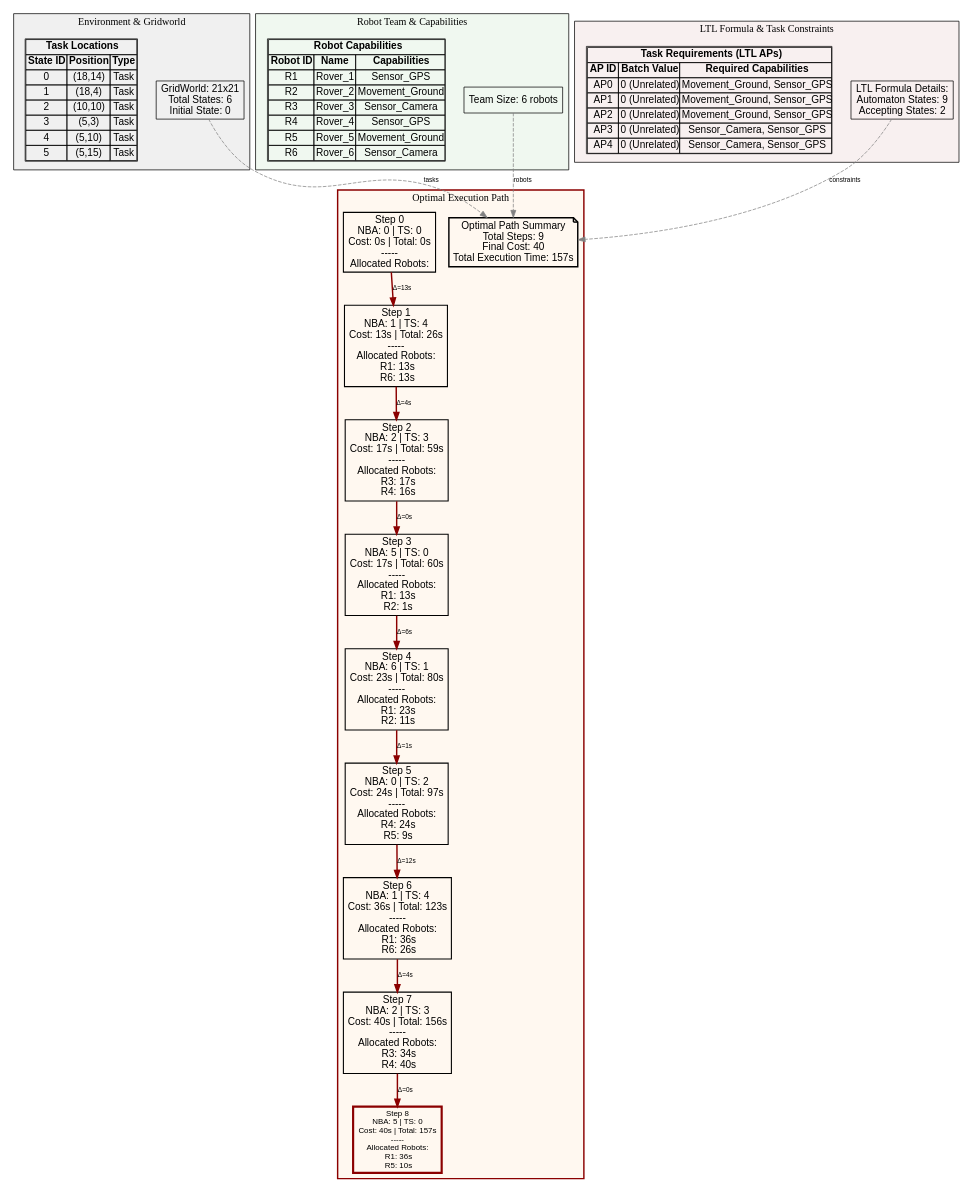
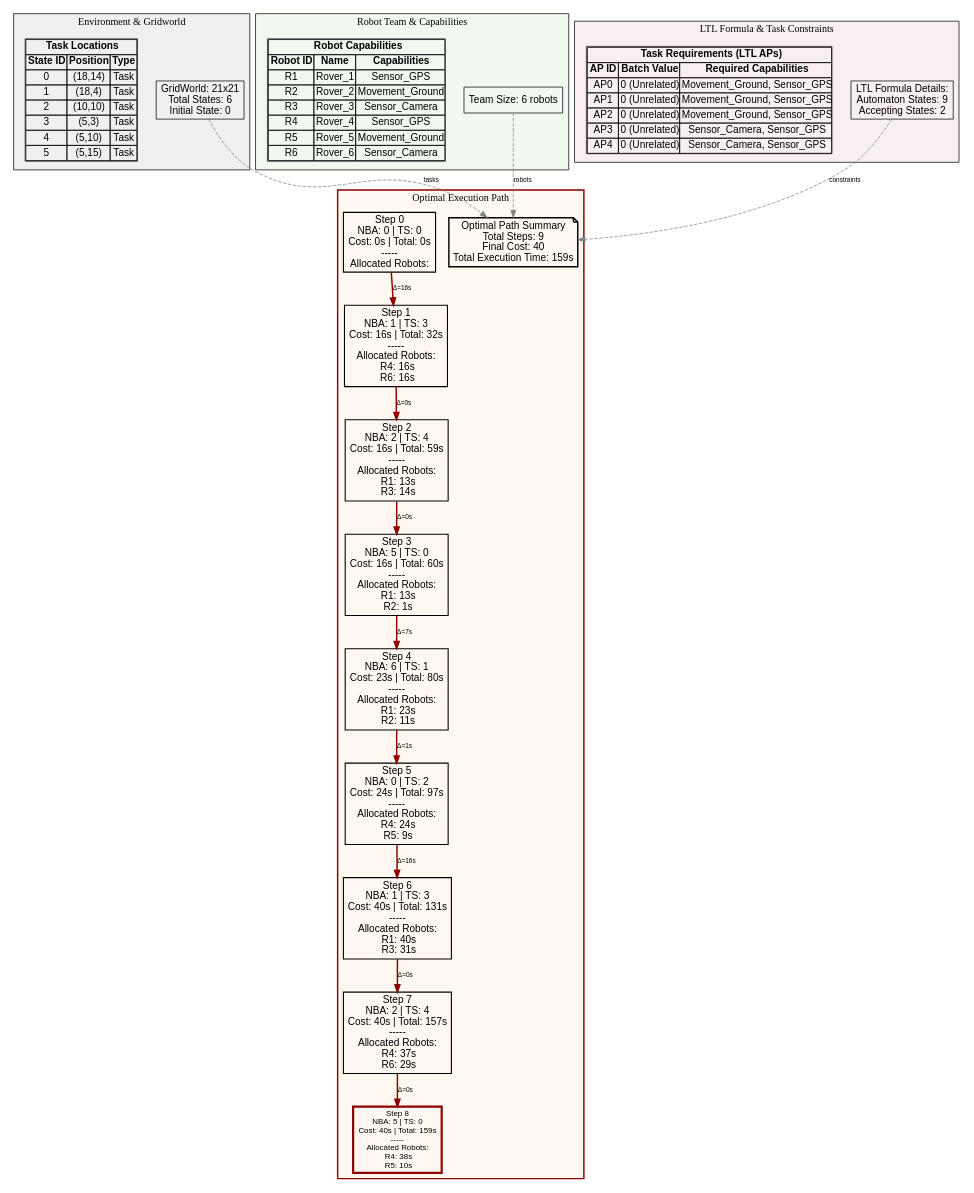
The diagram in Task Batch Planning Decision Tree/output/infinite_test_1_path.dot (jrourke48/HMRTA_TS_GENERATION), drawn with Graphviz before and after one commit. The commit also changed 16 other files, not shown here.

```diff
--- a/Task Batch Planning Decision Tree/output/infinite_test_1_path.dot
+++ b/Task Batch Planning Decision Tree/output/infinite_test_1_path.dot
@@ -1,106 +1,106 @@
 digraph ComprehensiveOptimalPath {
   rankdir=TB;
   concentrate=true;
   node [fontname=Arial];
   edge [fontname=Arial, fontsize=9];
 
   subgraph cluster_environment {
     label="Environment & Gridworld";
     style=filled;
     fillcolor="#F0F0F0";
     color=black;
 
     env_info [shape=box, label="GridWorld: 21x21\nTotal States: 6\nInitial State: 0\n", fillcolor="#E8F4F8"];
 
     env_tasks [shape=plaintext, label=<
       <TABLE BORDER="1" CELLBORDER="1" CELLSPACING="0">
         <TR><TD COLSPAN="3"><B>Task Locations</B></TD></TR>
         <TR><TD><B>State ID</B></TD><TD><B>Position</B></TD><TD><B>Type</B></TD></TR>
         <TR><TD>0</TD><TD>(18,14)</TD><TD>Task</TD></TR>
         <TR><TD>1</TD><TD>(18,4)</TD><TD>Task</TD></TR>
         <TR><TD>2</TD><TD>(10,10)</TD><TD>Task</TD></TR>
         <TR><TD>3</TD><TD>(5,3)</TD><TD>Task</TD></TR>
         <TR><TD>4</TD><TD>(5,10)</TD><TD>Task</TD></TR>
         <TR><TD>5</TD><TD>(5,15)</TD><TD>Task</TD></TR>
       </TABLE>
     >];
   }
 
   subgraph cluster_robots {
     label="Robot Team & Capabilities";
     style=filled;
     fillcolor="#F0F8F0";
     color=black;
 
     team_info [shape=box, label="Team Size: 6 robots\n", fillcolor="#E8F8E8"];
 
     robot_caps [shape=plaintext, label=<
       <TABLE BORDER="1" CELLBORDER="1" CELLSPACING="0">
         <TR><TD COLSPAN="3"><B>Robot Capabilities</B></TD></TR>
         <TR><TD><B>Robot ID</B></TD><TD><B>Name</B></TD><TD><B>Capabilities</B></TD></TR>
         <TR><TD>R1</TD><TD>Rover_1</TD><TD>Sensor_GPS</TD></TR>
         <TR><TD>R2</TD><TD>Rover_2</TD><TD>Movement_Ground</TD></TR>
         <TR><TD>R3</TD><TD>Rover_3</TD><TD>Sensor_Camera</TD></TR>
         <TR><TD>R4</TD><TD>Rover_4</TD><TD>Sensor_GPS</TD></TR>
         <TR><TD>R5</TD><TD>Rover_5</TD><TD>Movement_Ground</TD></TR>
         <TR><TD>R6</TD><TD>Rover_6</TD><TD>Sensor_Camera</TD></TR>
       </TABLE>
     >];
   }
 
   subgraph cluster_ltl {
     label="LTL Formula & Task Constraints";
     style=filled;
     fillcolor="#F8F0F0";
     color=black;
 
     ltl_info [shape=box, label="LTL Formula Details:\nAutomaton States: 9\nAccepting States: 2\n", fillcolor="#F8E8E8"];
 
     ltl_tasks [shape=plaintext, label=<
       <TABLE BORDER="1" CELLBORDER="1" CELLSPACING="0">
         <TR><TD COLSPAN="3"><B>Task Requirements (LTL APs)</B></TD></TR>
         <TR><TD><B>AP ID</B></TD><TD><B>Batch Value</B></TD><TD><B>Required Capabilities</B></TD></TR>
         <TR><TD>AP0</TD><TD>0 (Unrelated)</TD><TD>Movement_Ground, Sensor_GPS</TD></TR>
         <TR><TD>AP1</TD><TD>0 (Unrelated)</TD><TD>Movement_Ground, Sensor_GPS</TD></TR>
         <TR><TD>AP2</TD><TD>0 (Unrelated)</TD><TD>Movement_Ground, Sensor_GPS</TD></TR>
         <TR><TD>AP3</TD><TD>0 (Unrelated)</TD><TD>Sensor_Camera, Sensor_GPS</TD></TR>
         <TR><TD>AP4</TD><TD>0 (Unrelated)</TD><TD>Sensor_Camera, Sensor_GPS</TD></TR>
       </TABLE>
     >];
   }
 
   subgraph cluster_path {
     label="Optimal Execution Path";
     style=filled;
     fillcolor="#FFF8F0";
     color=darkred;
     penwidth=2;
 
-    path_summary [shape=note, label="Optimal Path Summary\nTotal Steps: 9\nFinal Cost: 40\nTotal Execution Time: 157s\n", fillcolor="#FFFFCC", penwidth=2];
+    path_summary [shape=note, label="Optimal Path Summary\nTotal Steps: 9\nFinal Cost: 40\nTotal Execution Time: 159s\n", fillcolor="#FFFFCC", penwidth=2];
 
     opt_0 [shape=box, label="Step 0\nNBA: 0 | TS: 0\nCost: 0s | Total: 0s\n-----\nAllocated Robots:\n", fillcolor="#B3E5FC", penwidth=1.5];
-    opt_1 [shape=box, label="Step 1\nNBA: 1 | TS: 4\nCost: 13s | Total: 26s\n-----\nAllocated Robots:\n  R1: 13s\n  R6: 13s\n", fillcolor="#B3E5FC", penwidth=1.5];
-    opt_2 [shape=box, label="Step 2\nNBA: 2 | TS: 3\nCost: 17s | Total: 59s\n-----\nAllocated Robots:\n  R3: 17s\n  R4: 16s\n", fillcolor="#B3E5FC", penwidth=1.5];
-    opt_3 [shape=box, label="Step 3\nNBA: 5 | TS: 0\nCost: 17s | Total: 60s\n-----\nAllocated Robots:\n  R1: 13s\n  R2: 1s\n", fillcolor="#B3E5FC", penwidth=1.5];
+    opt_1 [shape=box, label="Step 1\nNBA: 1 | TS: 3\nCost: 16s | Total: 32s\n-----\nAllocated Robots:\n  R4: 16s\n  R6: 16s\n", fillcolor="#B3E5FC", penwidth=1.5];
+    opt_2 [shape=box, label="Step 2\nNBA: 2 | TS: 4\nCost: 16s | Total: 59s\n-----\nAllocated Robots:\n  R1: 13s\n  R3: 14s\n", fillcolor="#B3E5FC", penwidth=1.5];
+    opt_3 [shape=box, label="Step 3\nNBA: 5 | TS: 0\nCost: 16s | Total: 60s\n-----\nAllocated Robots:\n  R1: 13s\n  R2: 1s\n", fillcolor="#B3E5FC", penwidth=1.5];
     opt_4 [shape=box, label="Step 4\nNBA: 6 | TS: 1\nCost: 23s | Total: 80s\n-----\nAllocated Robots:\n  R1: 23s\n  R2: 11s\n", fillcolor="#B3E5FC", penwidth=1.5];
     opt_5 [shape=box, label="Step 5\nNBA: 0 | TS: 2\nCost: 24s | Total: 97s\n-----\nAllocated Robots:\n  R4: 24s\n  R5: 9s\n", fillcolor="#B3E5FC", penwidth=1.5];
-    opt_6 [shape=box, label="Step 6\nNBA: 1 | TS: 4\nCost: 36s | Total: 123s\n-----\nAllocated Robots:\n  R1: 36s\n  R6: 26s\n", fillcolor="#B3E5FC", penwidth=1.5];
-    opt_7 [shape=box, label="Step 7\nNBA: 2 | TS: 3\nCost: 40s | Total: 156s\n-----\nAllocated Robots:\n  R3: 34s\n  R4: 40s\n", fillcolor="#B3E5FC", penwidth=1.5];
-    opt_8 [shape=box, label="Step 8\nNBA: 5 | TS: 0\nCost: 40s | Total: 157s\n-----\nAllocated Robots:\n  R1: 36s\n  R5: 10s\n", fillcolor="#FF6B6B", penwidth=3, color=darkred, fontweight=bold, fontsize=11];
+    opt_6 [shape=box, label="Step 6\nNBA: 1 | TS: 3\nCost: 40s | Total: 131s\n-----\nAllocated Robots:\n  R1: 40s\n  R3: 31s\n", fillcolor="#B3E5FC", penwidth=1.5];
+    opt_7 [shape=box, label="Step 7\nNBA: 2 | TS: 4\nCost: 40s | Total: 157s\n-----\nAllocated Robots:\n  R4: 37s\n  R6: 29s\n", fillcolor="#B3E5FC", penwidth=1.5];
+    opt_8 [shape=box, label="Step 8\nNBA: 5 | TS: 0\nCost: 40s | Total: 159s\n-----\nAllocated Robots:\n  R4: 38s\n  R5: 10s\n", fillcolor="#FF6B6B", penwidth=3, color=darkred, fontweight=bold, fontsize=11];
 
-    opt_0 -> opt_1 [label="Δ=13s", penwidth=2, color=darkred];
-    opt_1 -> opt_2 [label="Δ=4s", penwidth=2, color=darkred];
+    opt_0 -> opt_1 [label="Δ=16s", penwidth=2, color=darkred];
+    opt_1 -> opt_2 [label="Δ=0s", penwidth=2, color=darkred];
     opt_2 -> opt_3 [label="Δ=0s", penwidth=2, color=darkred];
-    opt_3 -> opt_4 [label="Δ=6s", penwidth=2, color=darkred];
+    opt_3 -> opt_4 [label="Δ=7s", penwidth=2, color=darkred];
     opt_4 -> opt_5 [label="Δ=1s", penwidth=2, color=darkred];
-    opt_5 -> opt_6 [label="Δ=12s", penwidth=2, color=darkred];
-    opt_6 -> opt_7 [label="Δ=4s", penwidth=2, color=darkred];
+    opt_5 -> opt_6 [label="Δ=16s", penwidth=2, color=darkred];
+    opt_6 -> opt_7 [label="Δ=0s", penwidth=2, color=darkred];
     opt_7 -> opt_8 [label="Δ=0s", penwidth=2, color=darkred];
   }
 
   // Connections between clusters
   env_info -> path_summary [style=dashed, color=gray, label="tasks"];
   team_info -> path_summary [style=dashed, color=gray, label="robots"];
   ltl_info -> path_summary [style=dashed, color=gray, label="constraints"];
 
 }
```
